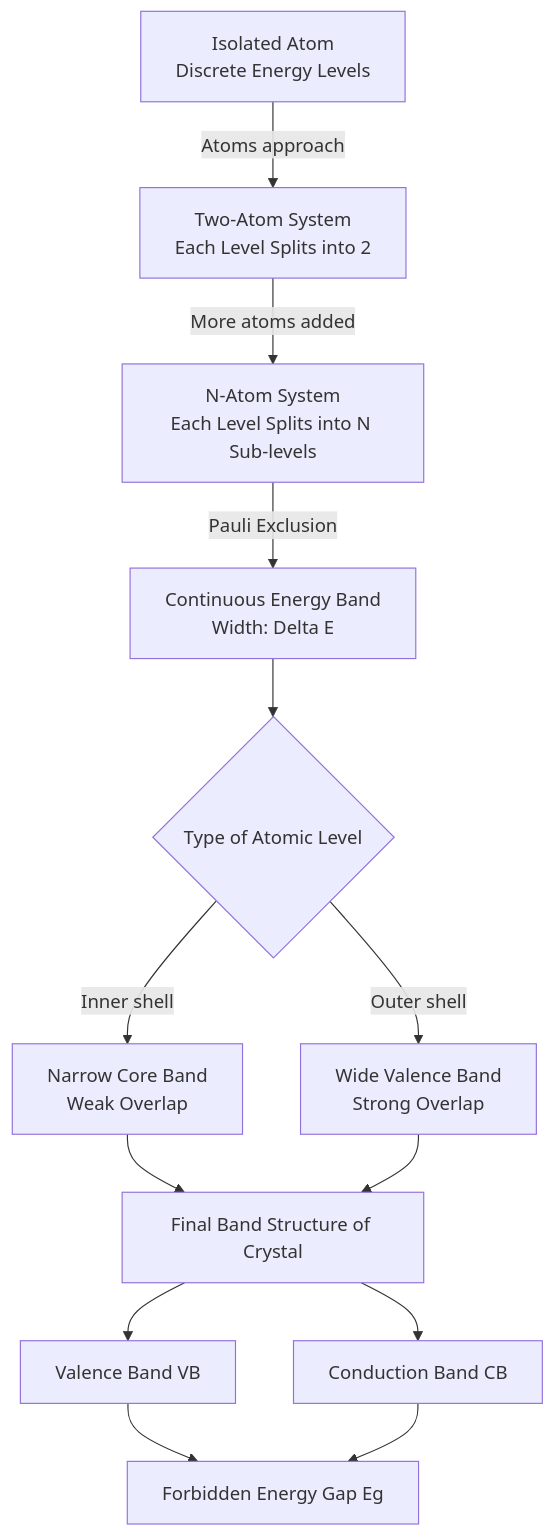
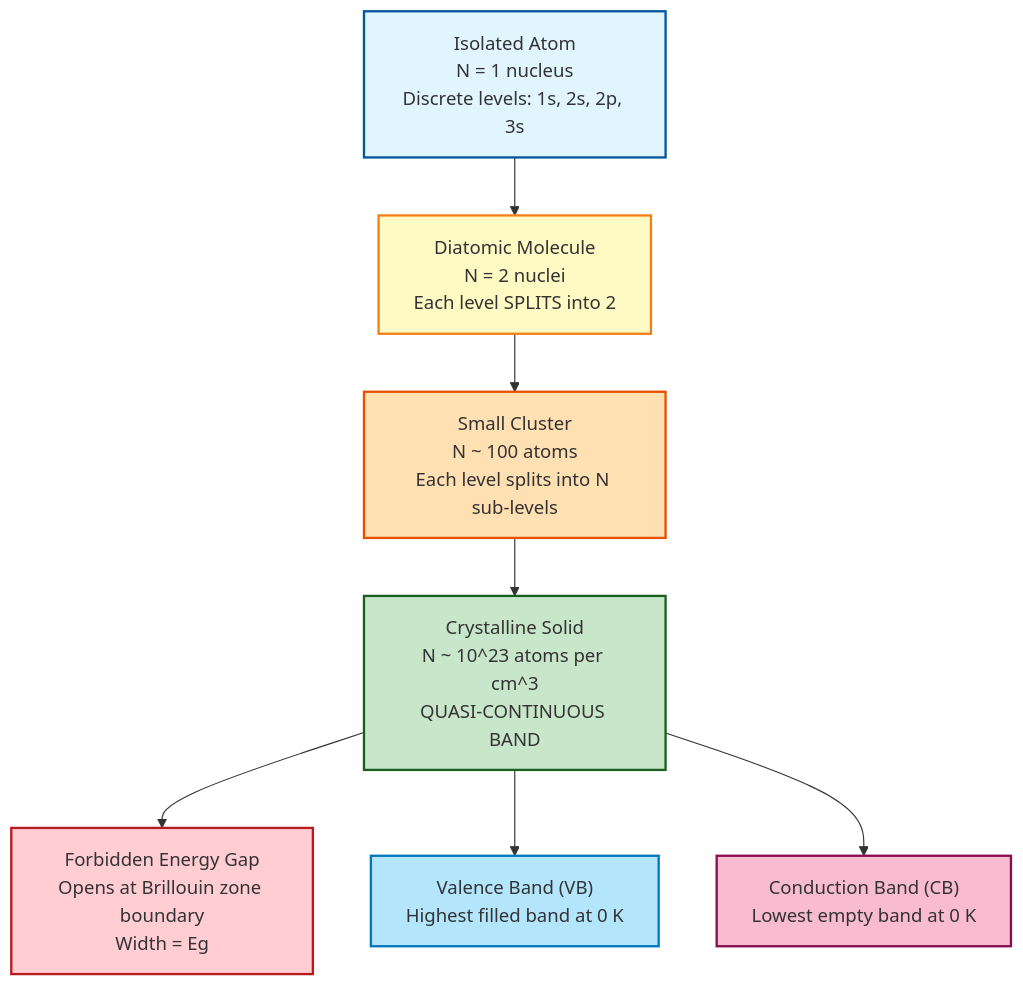
One commit to vishnuu-kr/ktunode changed the first of 4 diagrams in public/notes/computer-science-and-engineering/semester-1/gapht121-physics-for-information-science/01-module-1-electrical-conductivity/energy-bands/notes.md. Above: the diagram before and after it, drawn with Mermaid. The commit also changed other lines of this file and 4829 other files, not shown here.

````diff
--- a/public/notes/computer-science-and-engineering/semester-1/gapht121-physics-for-information-science/01-module-1-electrical-conductivity/energy-bands/notes.md
+++ b/public/notes/computer-science-and-engineering/semester-1/gapht121-physics-for-information-science/01-module-1-electrical-conductivity/energy-bands/notes.md
@@ -350,15 +414,25 @@
 ```mermaid
-graph TD
-    A[Isolated Atom<br/>Discrete Energy Levels] -->|Atoms approach| B[Two-Atom System<br/>Each Level Splits into 2]
-    B -->|More atoms added| C[N-Atom System<br/>Each Level Splits into N Sub-levels]
-    C -->|Pauli Exclusion| D[Continuous Energy Band<br/>Width: Delta E]
-    D --> E{Type of Atomic Level}
-    E -->|Inner shell| F[Narrow Core Band<br/>Weak Overlap]
-    E -->|Outer shell| G[Wide Valence Band<br/>Strong Overlap]
-    F --> H[Final Band Structure of Crystal]
-    G --> H
-    H --> I[Valence Band VB]
-    H --> J[Conduction Band CB]
-    I --> K[Forbidden Energy Gap Eg]
-    J --> K
+flowchart TD
+    A["Isolated Atom<br/>N = 1 nucleus<br/>Discrete levels: 1s, 2s, 2p, 3s"]
+    B["Diatomic Molecule<br/>N = 2 nuclei<br/>Each level SPLITS into 2"]
+    C["Small Cluster<br/>N ~ 100 atoms<br/>Each level splits into N sub-levels"]
+    D["Crystalline Solid<br/>N ~ 10^23 atoms per cm^3<br/>QUASI-CONTINUOUS BAND"]
+    E["Forbidden Energy Gap<br/>Opens at Brillouin zone boundary<br/>Width = Eg"]
+    F["Valence Band (VB)<br/>Highest filled band at 0 K"]
+    G["Conduction Band (CB)<br/>Lowest empty band at 0 K"]
+
+    A --> B
+    B --> C
+    C --> D
+    D --> E
+    D --> F
+    D --> G
+
+    style A fill:#e1f5ff,stroke:#01579b,stroke-width:2px
+    style B fill:#fff9c4,stroke:#f57f17,stroke-width:2px
+    style C fill:#ffe0b2,stroke:#e65100,stroke-width:2px
+    style D fill:#c8e6c9,stroke:#1b5e20,stroke-width:2px
+    style E fill:#ffcdd2,stroke:#b71c1c,stroke-width:2px
+    style F fill:#b3e5fc,stroke:#0277bd,stroke-width:2px
+    style G fill:#f8bbd0,stroke:#880e4f,stroke-width:2px
 ```
````
